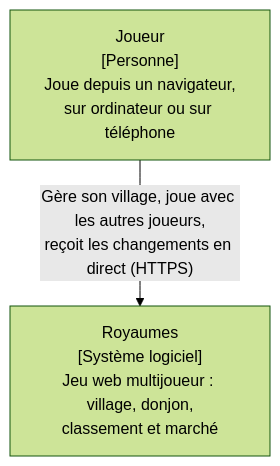
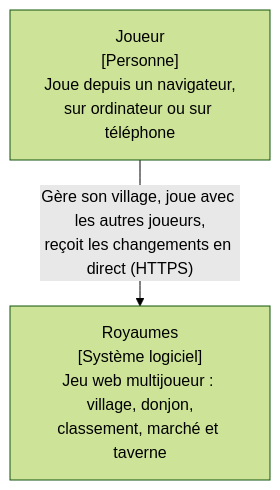
The first of 4 diagrams in docs/architecture.md (leon-morival/kingdom), drawn with Mermaid (forest theme) before and after one commit. The commit also changed other lines of this file and 3 other files, not shown here.

Commit message:
docs: describe tavern privacy flows and validate production behavior

````diff
--- a/docs/architecture.md
+++ b/docs/architecture.md
@@ -12,6 +12,6 @@
 ```mermaid
 flowchart TB
   joueur["Joueur<br/>[Personne]<br/>Joue depuis un navigateur,<br/>sur ordinateur ou sur téléphone"]
-  royaumes["Royaumes<br/>[Système logiciel]<br/>Jeu web multijoueur : village, donjon,<br/>classement et marché"]
+  royaumes["Royaumes<br/>[Système logiciel]<br/>Jeu web multijoueur : village, donjon,<br/>classement, marché et taverne"]
   joueur -->|"Gère son village, joue avec les autres joueurs,<br/>reçoit les changements en direct (HTTPS)"| royaumes
 ```
````
